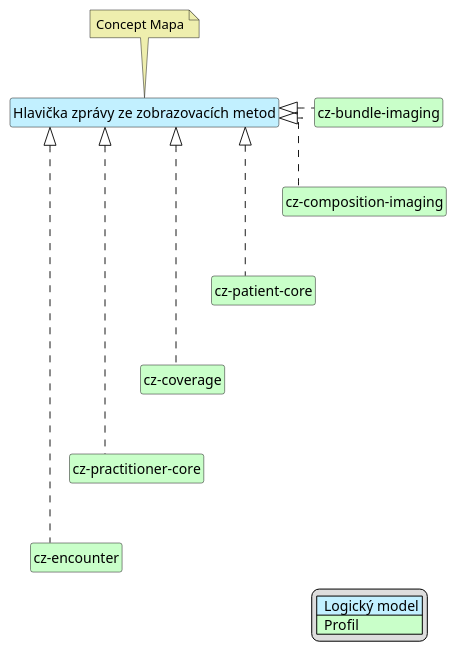
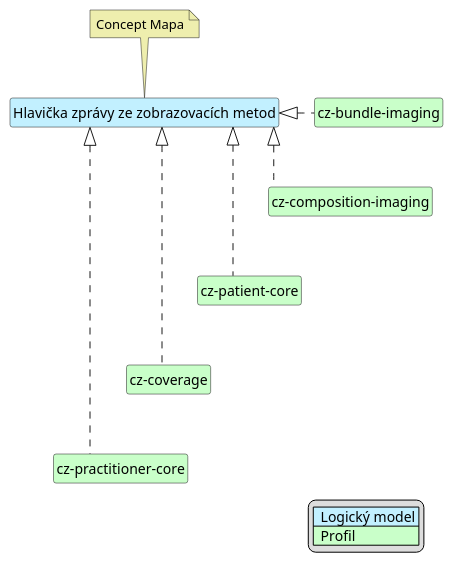
One commit to HL7-cz/img changed the diagram in input/images-source/imgReportHead-map-cs.plantuml. Above: the diagram before and after it, drawn with PlantUML. The commit also changed 11 other files, not shown here.

Commit message:
Delete encounter from graphs,link to eu-r4-imaging and fix QA errors

```diff
--- a/input/images-source/imgReportHead-map-cs.plantuml
+++ b/input/images-source/imgReportHead-map-cs.plantuml
@@ -1,39 +1,36 @@
 @startuml
 hide circle
 hide stereotype
 hide members
 hide methods
 skinparam linetype ortho
 skinparam class {
 BackgroundColor<<LogicalModel>> #APPLICATION
 BackgroundColor<<Profile>> #TECHNOLOGY
 }
 legend right
 | <#APPLICATION>  Logický model |
 | <#TECHNOLOGY>  Profil |
 endlegend
 class "Hlavička zprávy ze zobrazovacích metod" <<LogicalModel>> [[StructureDefinition-HeaderImagingReportCz.html]]
 note top #EEEEAE [[ConceptMap-HeaderImagingReport2FHIR-cz.html]]
 Concept Mapa
 endnote
 
-class "cz-encounter" <<Profile>> [[https://build.fhir.org/ig/HL7-cz/cz-core/StructureDefinition-cz-encounter.html]]
 class "cz-coverage" <<Profile>> [[https://build.fhir.org/ig/HL7-cz/cz-core/StructureDefinition-cz-coverage.html]]
 class "cz-patient-core" <<Profile>> [[https://build.fhir.org/ig/HL7-cz/cz-core/StructureDefinition-cz-patient-core.html]]
 class "cz-practitioner-core" <<Profile>> [[https://build.fhir.org/ig/HL7-cz/cz-core/StructureDefinition-cz-practitioner-core.html]]
 class "cz-bundle-imaging" <<Profile>> [[StructureDefinition-cz-bundle-imaging.html]]
 class "cz-composition-imaging" <<Profile>> [[StructureDefinition-cz-composition-imaging.html]]
 
 "Hlavička zprávy ze zobrazovacích metod" <|. "cz-composition-imaging"
 "Hlavička zprávy ze zobrazovacích metod" <|. "cz-bundle-imaging"
 "Hlavička zprávy ze zobrazovacích metod" <|. "cz-patient-core"
 "Hlavička zprávy ze zobrazovacích metod" <|. "cz-coverage"
 "Hlavička zprávy ze zobrazovacích metod" <|. "cz-practitioner-core"
-"Hlavička zprávy ze zobrazovacích metod" <|. "cz-encounter"
 
 "cz-bundle-imaging" -d[hidden]-> "cz-composition-imaging"
 "cz-composition-imaging" -d[hidden]-> "cz-patient-core"
 "cz-patient-core" -d[hidden]-> "cz-coverage"
 "cz-coverage" -d[hidden]-> "cz-practitioner-core"
-"cz-practitioner-core" -d[hidden]-> "cz-encounter"
 @enduml
```
